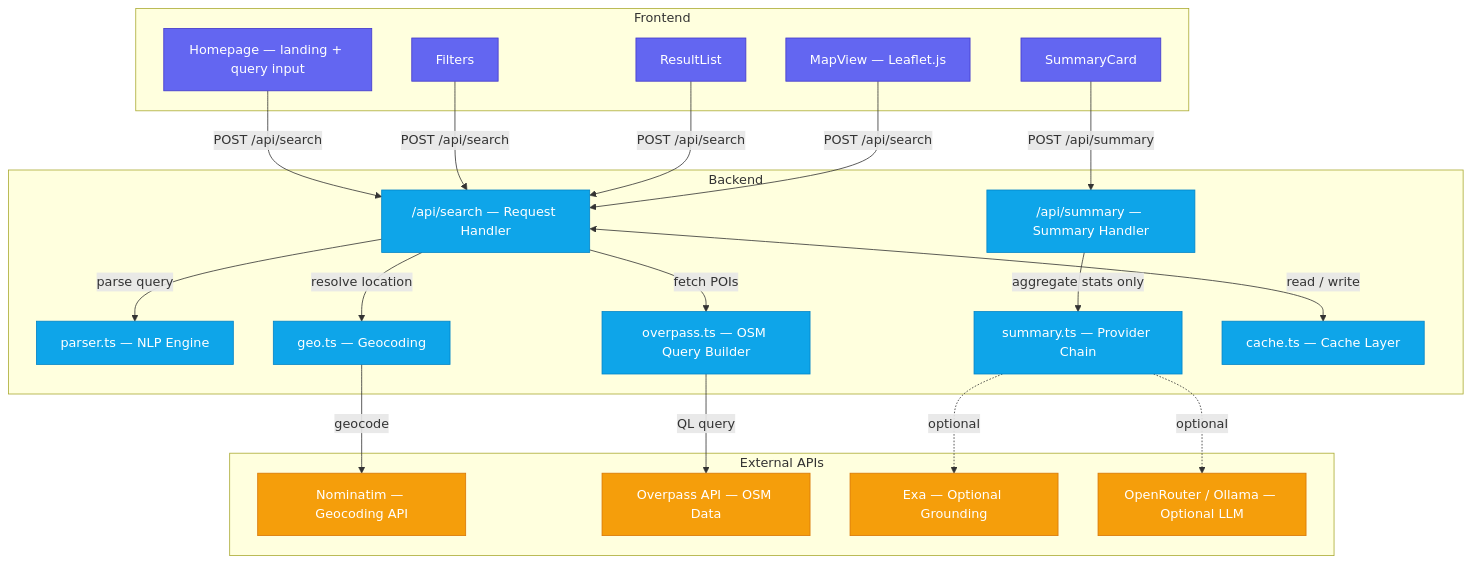
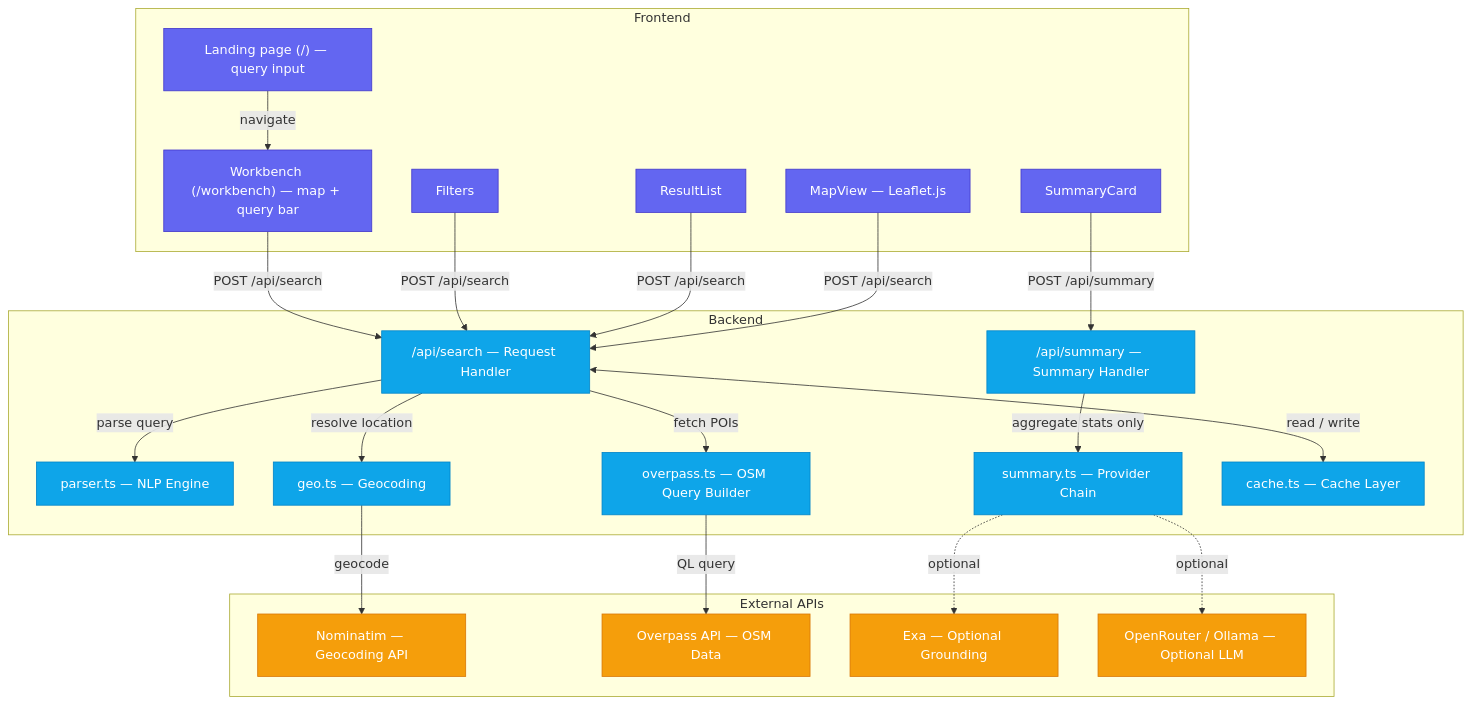
The diagram in README.md (Aviox8/lighthouse), drawn with Mermaid before and after one commit. The commit also changed other lines of this file and 5 other files, not shown here.

````diff
--- a/README.md
+++ b/README.md
@@ -25,49 +25,51 @@
 ```mermaid
 flowchart TB
     classDef frontend fill:#6366f1,stroke:#4338ca,color:#fff
     classDef backend fill:#0ea5e9,stroke:#0284c7,color:#fff
     classDef external fill:#f59e0b,stroke:#d97706,color:#fff
 
     subgraph FE["Frontend"]
-        Homepage["Homepage — landing + query input"]
+        Homepage["Landing page (/) — query input"]
+        Workbench["Workbench (/workbench) — map + query bar"]
         Filters["Filters"]
         ResultList["ResultList"]
         SummaryCard["SummaryCard"]
         MapView["MapView — Leaflet.js"]
     end
 
     subgraph BE["Backend"]
         route["/api/search — Request Handler"]
         summaryRoute["/api/summary — Summary Handler"]
         parser["parser.ts — NLP Engine"]
         geo["geo.ts — Geocoding"]
         overpass["overpass.ts — OSM Query Builder"]
         summary["summary.ts — Provider Chain"]
         cache["cache.ts — Cache Layer"]
     end
 
     subgraph EX["External APIs"]
         Nominatim["Nominatim — Geocoding API"]
         OverpassAPI["Overpass API — OSM Data"]
         Exa["Exa — Optional Grounding"]
         LLM["OpenRouter / Ollama — Optional LLM"]
     end
 
-    Homepage & Filters & ResultList & MapView -->|"POST /api/search"| route
+    Homepage -->|"navigate"| Workbench
+    Workbench & Filters & ResultList & MapView -->|"POST /api/search"| route
     SummaryCard -->|"POST /api/summary"| summaryRoute
 
     route -->|"parse query"| parser
     route -->|"resolve location"| geo
     route -->|"fetch POIs"| overpass
     route <-->|"read / write"| cache
     summaryRoute -->|"aggregate stats only"| summary
 
     geo -->|"geocode"| Nominatim
     overpass -->|"QL query"| OverpassAPI
     summary -.->|"optional"| Exa
     summary -.->|"optional"| LLM
 
-    class Homepage,Filters,ResultList,SummaryCard,MapView frontend
+    class Homepage,Workbench,Filters,ResultList,SummaryCard,MapView frontend
     class route,summaryRoute,parser,geo,overpass,summary,cache backend
     class Nominatim,OverpassAPI,Exa,LLM external
 ```
````
